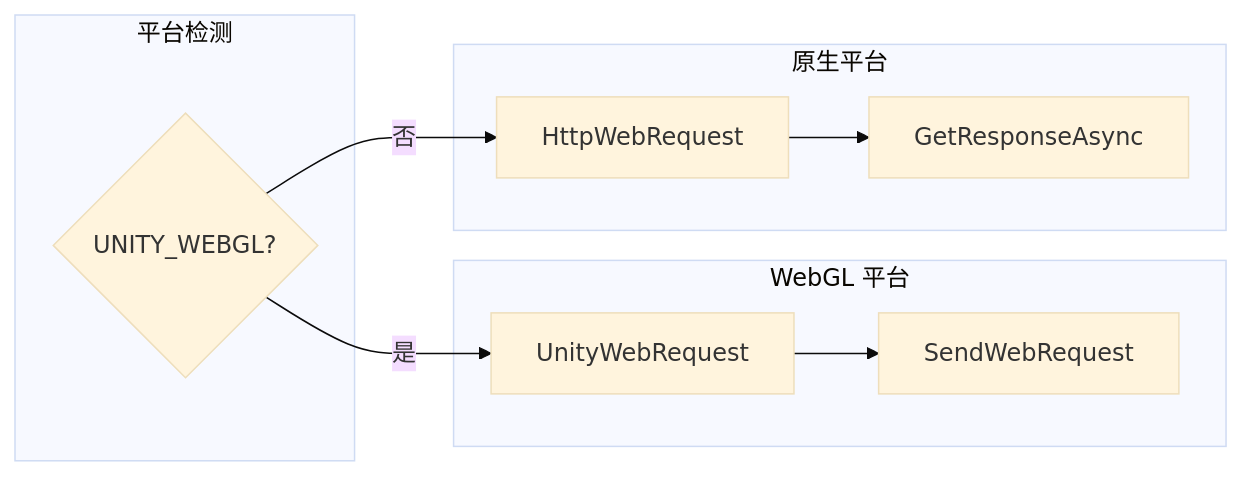
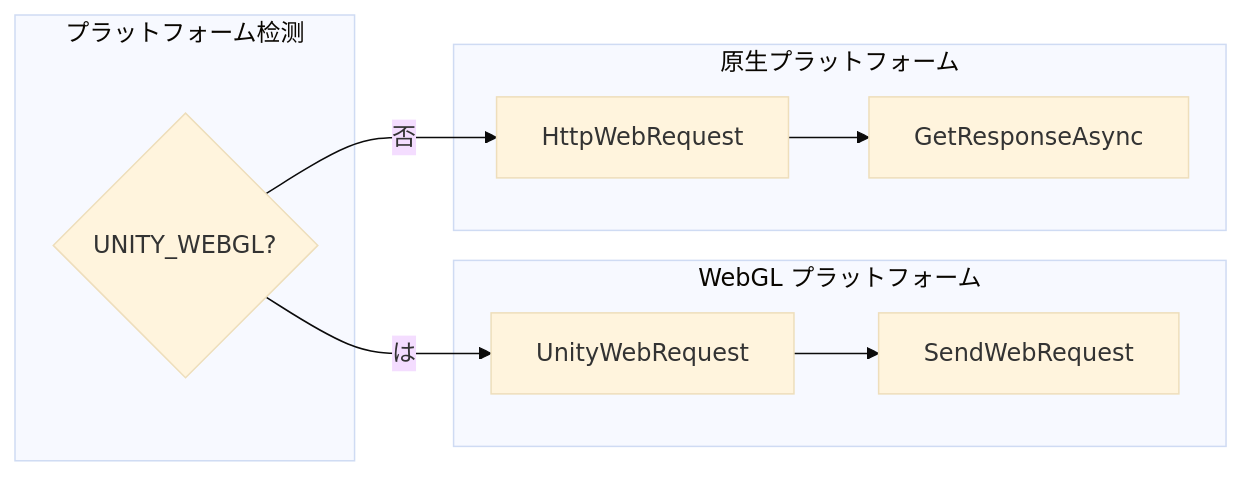
The third of 3 diagrams in docs/ja/client/unity/component/web-protobuff/04.features.md (AlianBlank/GameFrameX.Docs), drawn with Mermaid (base theme) before and after one commit. The commit also changed other lines of this file and 320 other files, not shown here.

````diff
--- a/docs/ja/client/unity/component/web-protobuff/04.features.md
+++ b/docs/ja/client/unity/component/web-protobuff/04.features.md
@@ -223,21 +223,21 @@
 ```mermaid
 flowchart LR
-    subgraph PlatformSelection["平台检测"]
+    subgraph PlatformSelection["プラットフォーム检测"]
         CheckWebGL{UNITY_WEBGL?}
     end
 
-    subgraph WebGL["WebGL 平台"]
+    subgraph WebGL["WebGL プラットフォーム"]
         UWR[UnityWebRequest]
         AsyncOp[SendWebRequest]
     end
 
-    subgraph Native["原生平台"]
+    subgraph Native["原生プラットフォーム"]
         HTTP[HttpWebRequest]
         Response[GetResponseAsync]
     end
 
-    CheckWebGL -->|是| UWR
+    CheckWebGL -->|は| UWR
     CheckWebGL -->|否| HTTP
     UWR --> AsyncOp
     HTTP --> Response
 ```
````
